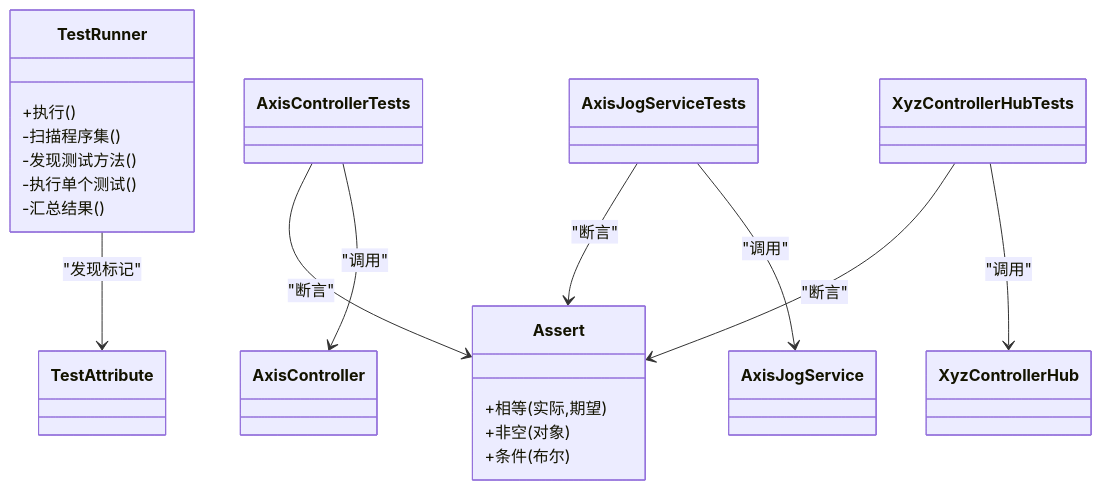
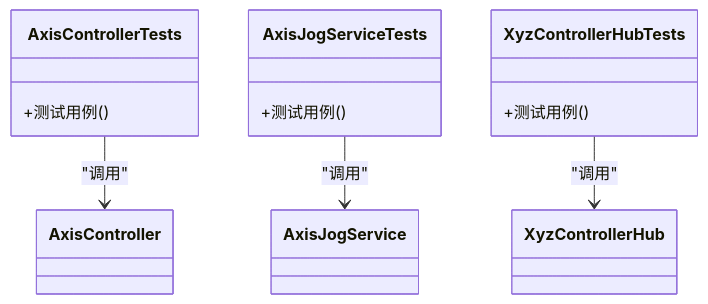
Before and after one commit to fuweiq94-cloud/3399180760: the fourth of 5 diagrams in .qoder/repowiki/zh/content/测试框架.md, drawn with Mermaid. The commit also changed other lines of this file and 94 other files, not shown here.

First line of the commit message:
docs(api): 添加完整 XyzController API 接口文档

````diff
--- a/.qoder/repowiki/zh/content/测试框架.md
+++ b/.qoder/repowiki/zh/content/测试框架.md
@@ -299,29 +248,18 @@
 ```mermaid
 classDiagram
-class TestRunner {
-+执行()
--扫描程序集()
--发现测试方法()
--执行单个测试()
--汇总结果()
+class AxisControllerTests {
++测试用例()
 }
-class TestAttribute
-class Assert {
-+相等(实际,期望)
-+非空(对象)
-+条件(布尔)
+class AxisJogServiceTests {
++测试用例()
 }
-class AxisControllerTests
-class AxisJogServiceTests
-class XyzControllerHubTests
+class XyzControllerHubTests {
++测试用例()
+}
 class AxisController
 class AxisJogService
 class XyzControllerHub
-TestRunner --> TestAttribute : "发现标记"
-AxisControllerTests --> Assert : "断言"
-AxisJogServiceTests --> Assert : "断言"
-XyzControllerHubTests --> Assert : "断言"
 AxisControllerTests --> AxisController : "调用"
 AxisJogServiceTests --> AxisJogService : "调用"
 XyzControllerHubTests --> XyzControllerHub : "调用"
 ```
````
